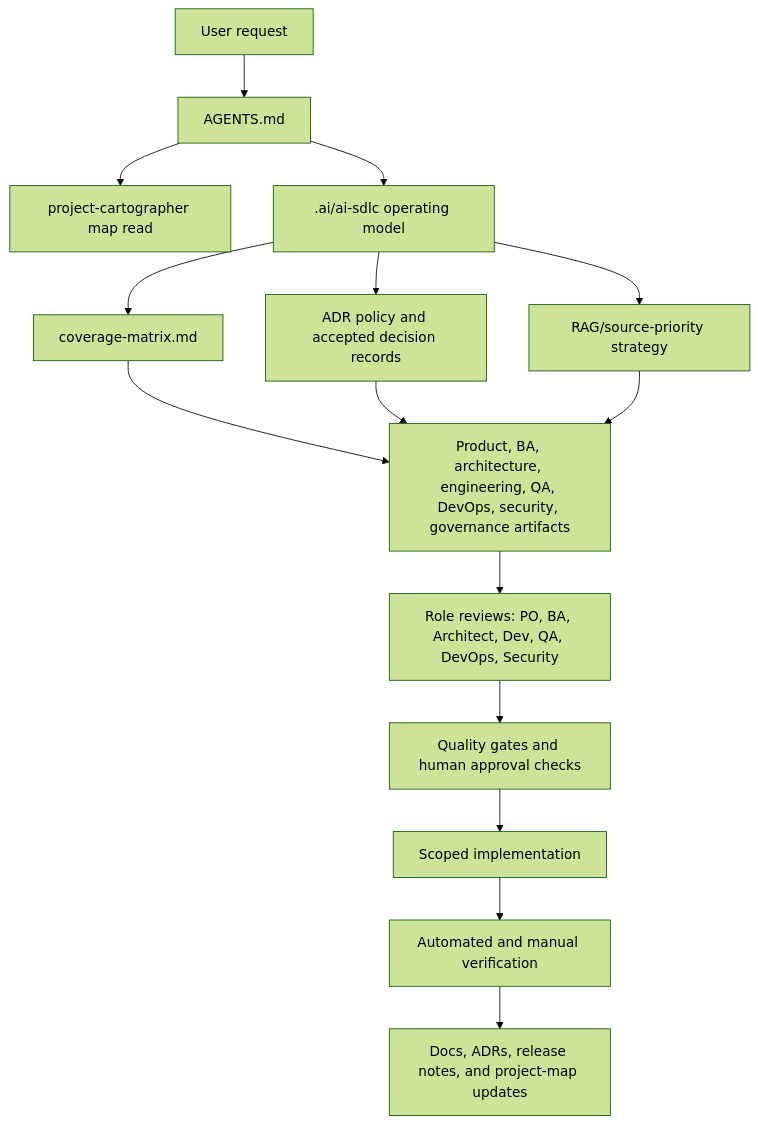
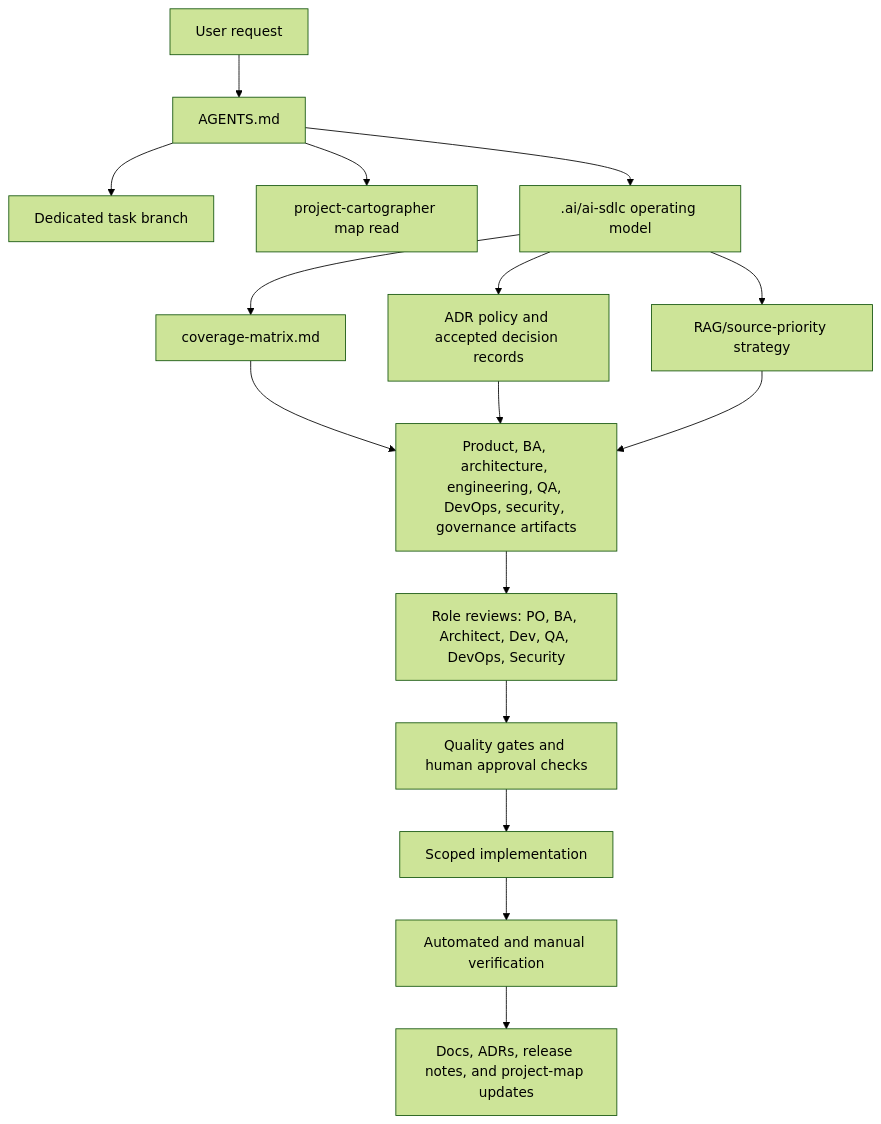
One commit to iziuk/Polite changed the second of 3 diagrams in .ai/project-map/data-flow.md. Above: the diagram before and after it, drawn with Mermaid (forest theme). The commit also changed other lines of this file and 8 other files, not shown here.

First line of the commit message:
docs: add branch-per-task policy

````diff
--- a/.ai/project-map/data-flow.md
+++ b/.ai/project-map/data-flow.md
@@ -41,17 +41,18 @@
 ```mermaid
 flowchart TD
   Request["User request"] --> Agents["AGENTS.md"]
+  Agents --> Branch["Dedicated task branch"]
   Agents --> Map["project-cartographer map read"]
   Agents --> OperatingModel[".ai/ai-sdlc operating model"]
   OperatingModel --> Coverage["coverage-matrix.md"]
   OperatingModel --> ADRs["ADR policy and accepted decision records"]
   OperatingModel --> Retrieval["RAG/source-priority strategy"]
   Coverage --> Artifacts["Product, BA, architecture, engineering, QA, DevOps, security, governance artifacts"]
   ADRs --> Artifacts
   Retrieval --> Artifacts
   Artifacts --> Roles["Role reviews: PO, BA, Architect, Dev, QA, DevOps, Security"]
   Roles --> Gates["Quality gates and human approval checks"]
   Gates --> Implementation["Scoped implementation"]
   Implementation --> Verification["Automated and manual verification"]
   Verification --> Docs["Docs, ADRs, release notes, and project-map updates"]
 ```
````
